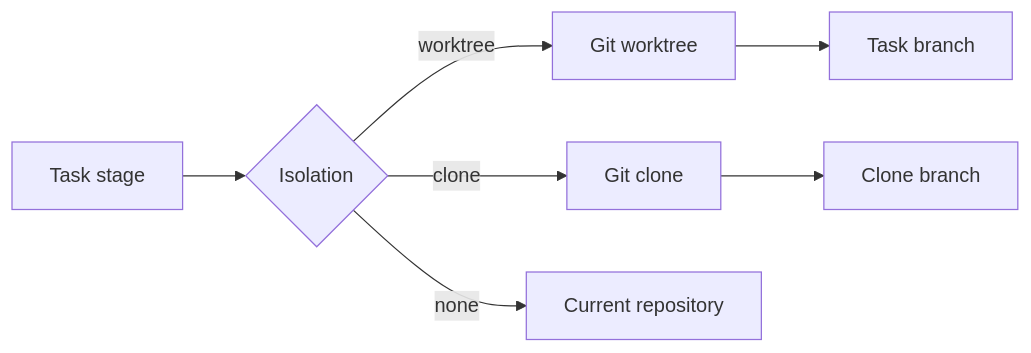
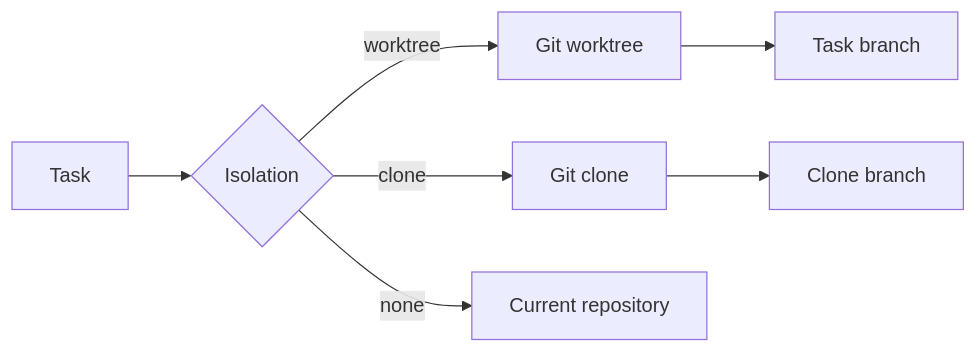
One commit to GobbyAI/gobby changed the first of 2 diagrams in docs/guides/worktrees.md. Above: the diagram before and after it, drawn with Mermaid. The commit also changed other lines of this file and 28 other files, not shown here.

````diff
--- a/docs/guides/worktrees.md
+++ b/docs/guides/worktrees.md
@@ -55,9 +55,9 @@
 ```mermaid
 flowchart LR
-    Task[Task stage] --> Backend{Isolation}
+    Task[Task] --> Backend{Isolation}
     Backend -->|worktree| WT[Git worktree]
     Backend -->|clone| CL[Git clone]
     Backend -->|none| Repo[Current repository]
     WT --> Branch[Task branch]
     CL --> CloneBranch[Clone branch]
 ```
````
